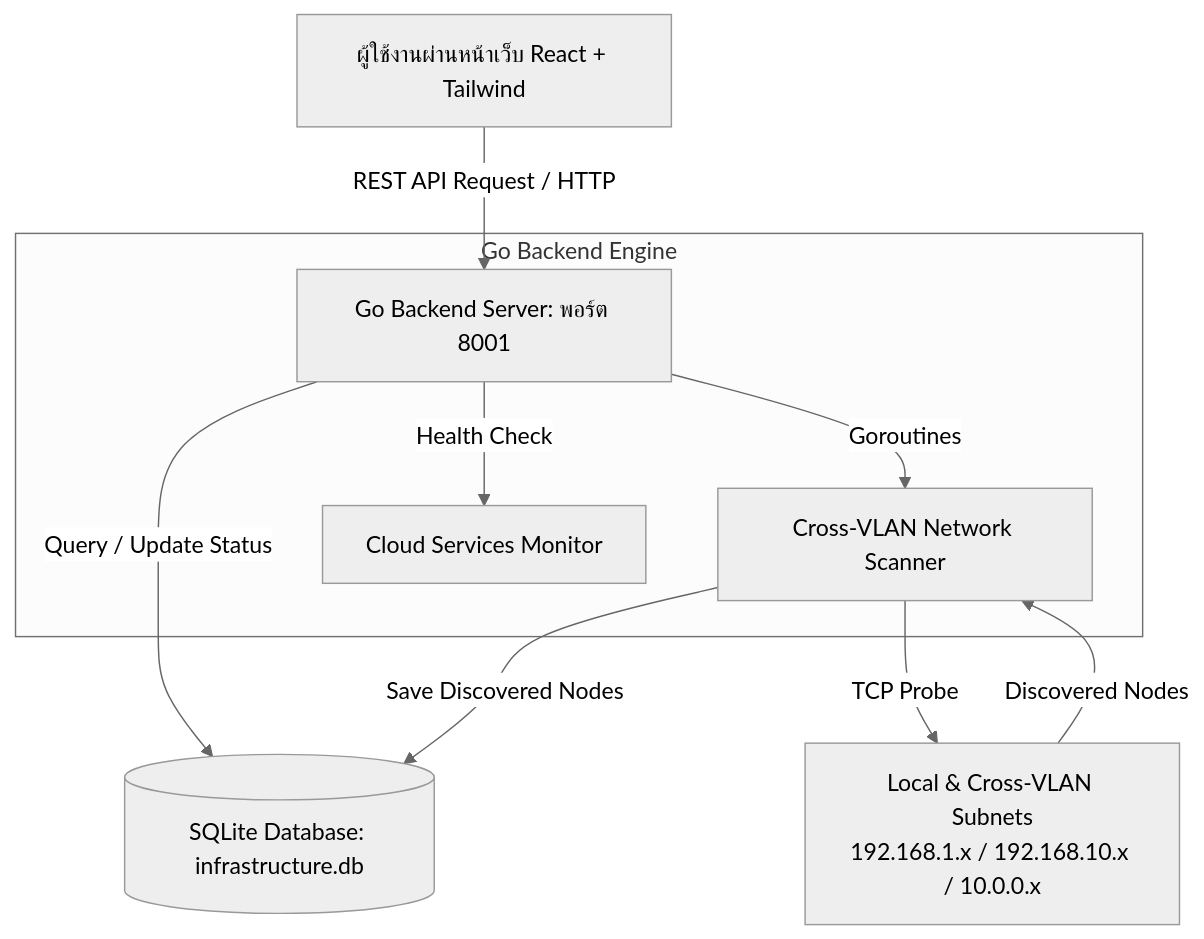
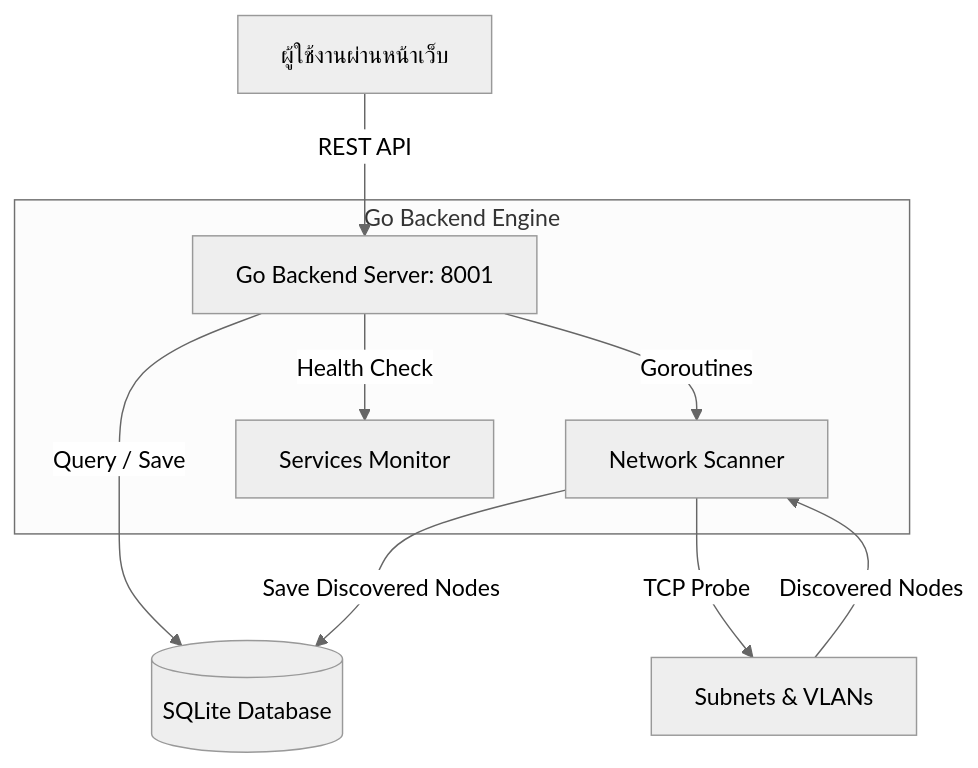
One commit to FANG9356/MyProject changed the ninth of 9 diagrams in README.md. Above: the diagram before and after it, drawn with Mermaid (neutral theme). The commit also changed other lines of this file and 1 other file, not shown here.

````diff
--- a/README.md
+++ b/README.md
@@ -416,14 +368,14 @@
 ```mermaid
 flowchart TD
-  User[ผู้ใช้งานผ่านหน้าเว็บ React + Tailwind] -->|REST API Request / HTTP| GoServer[Go Backend Server: พอร์ต 8001]
-  GoServer -->|Query / Update Status| DB[(SQLite Database: infrastructure.db)]
+  User[ผู้ใช้งานผ่านหน้าเว็บ] -->|REST API| GoServer[Go Backend Server: 8001]
+  GoServer -->|Query / Save| DB[(SQLite Database)]
   
   subgraph Engine_Features [Go Backend Engine]
-    GoServer -->|Goroutines| Scanner[Cross-VLAN Network Scanner]
-    GoServer -->|Health Check| ServiceHub[Cloud Services Monitor]
+    GoServer -->|Goroutines| Scanner[Network Scanner]
+    GoServer -->|Health Check| ServiceHub[Services Monitor]
   end
 
-  Scanner -->|TCP Probe| Subnets[Local & Cross-VLAN Subnets\n192.168.1.x / 192.168.10.x / 10.0.0.x]
+  Scanner -->|TCP Probe| Subnets[Subnets & VLANs]
   Subnets -->|Discovered Nodes| Scanner
   Scanner -->|Save Discovered Nodes| DB
 ```
````
